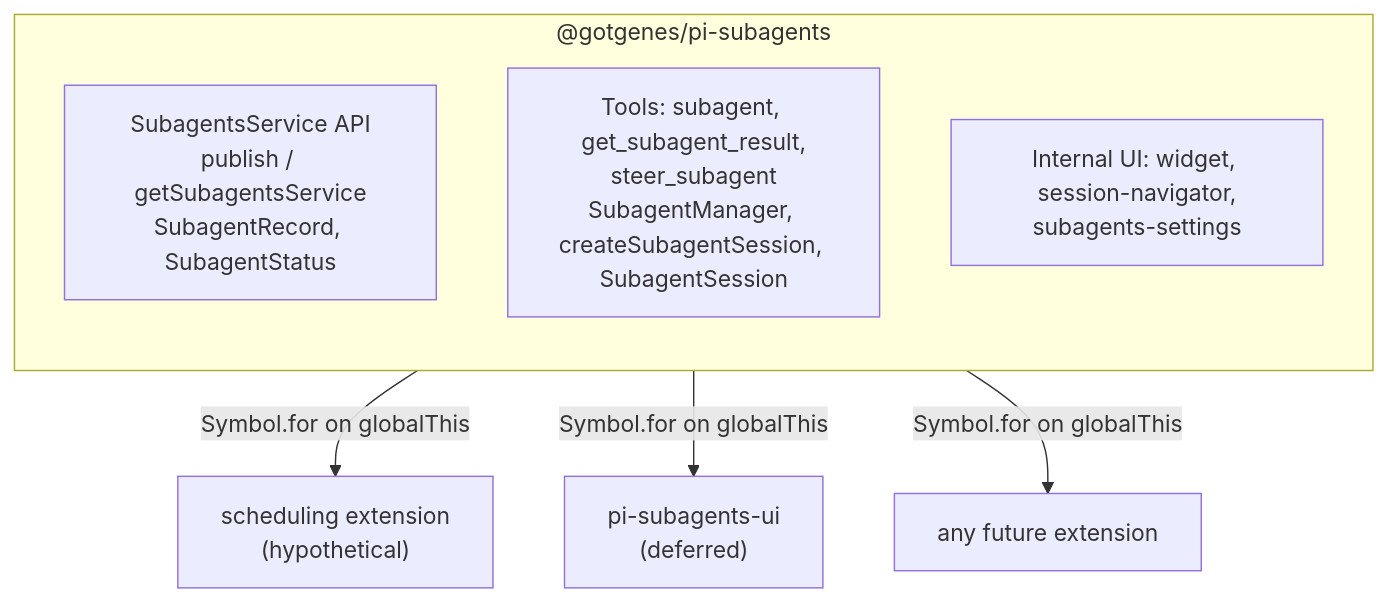
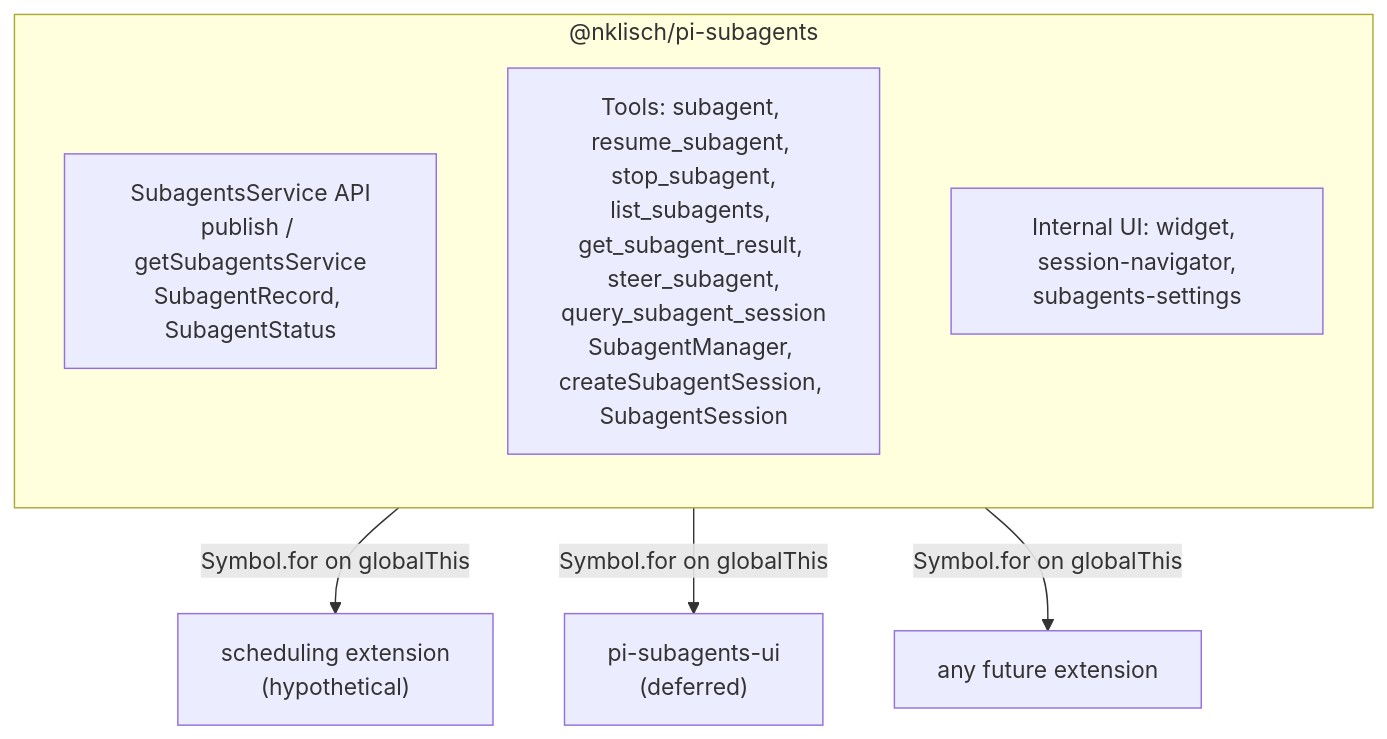
Before and after one commit to nklisch/pi-extensions: the fifth of 6 diagrams in packages/pi-subagents/docs/architecture/architecture.md, drawn with Mermaid. The commit also changed other lines of this file and 131 other files, not shown here.

````diff
--- a/packages/pi-subagents/docs/architecture/architecture.md
+++ b/packages/pi-subagents/docs/architecture/architecture.md
@@ -377,13 +389,13 @@
 ```mermaid
 flowchart TD
-    subgraph core["@gotgenes/pi-subagents"]
+    subgraph core["@nklisch/pi-subagents"]
         direction TB
         exports["SubagentsService API<br/>publish / getSubagentsService<br/>SubagentRecord, SubagentStatus"]
-        engine["Tools: subagent, get_subagent_result,<br/>steer_subagent<br/>SubagentManager, createSubagentSession, SubagentSession"]
+        engine["Tools: subagent, resume_subagent, stop_subagent,<br/>list_subagents, get_subagent_result, steer_subagent,<br/>query_subagent_session<br/>SubagentManager, createSubagentSession, SubagentSession"]
         ui_int["Internal UI: widget, session-navigator,<br/>subagents-settings"]
     end
 
     core -- "Symbol.for on globalThis" --> sched["scheduling extension<br/>(hypothetical)"]
     core -- "Symbol.for on globalThis" --> subui["pi-subagents-ui<br/>(deferred)"]
     core -- "Symbol.for on globalThis" --> future["any future extension"]
 ```
````
